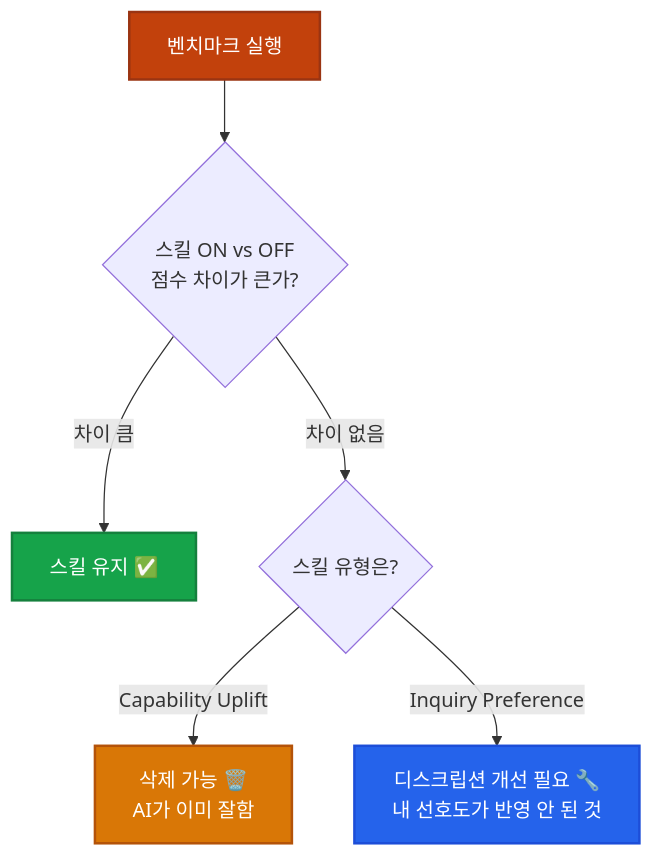
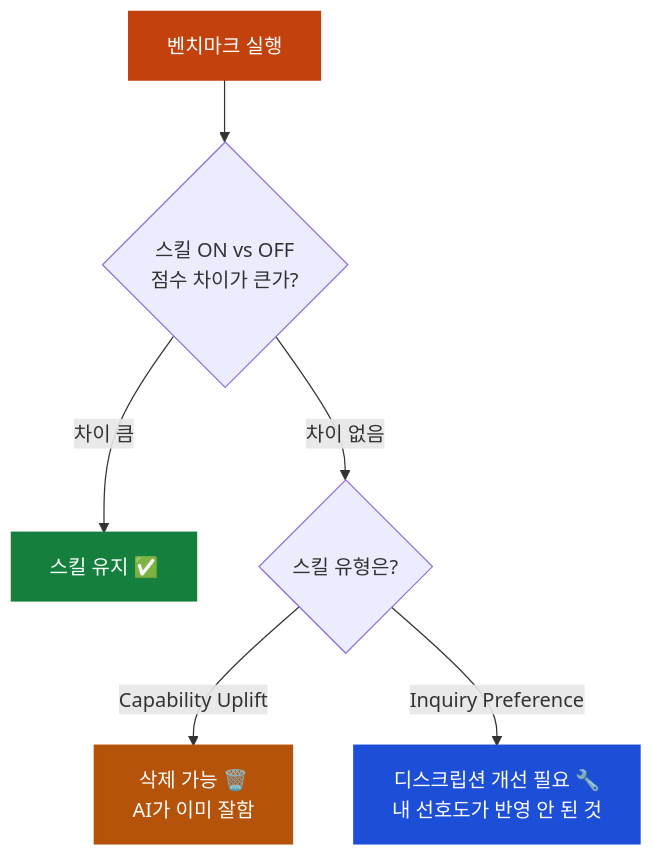
One commit to udawon/udawon-how-to-claude changed the diagram in content/youtube-update/skill-creator-v2-update.md. Above: the diagram before and after it, drawn with Mermaid. The commit also changed other lines of this file and 23 other files, not shown here.

````diff
--- a/content/youtube-update/skill-creator-v2-update.md
+++ b/content/youtube-update/skill-creator-v2-update.md
@@ -133,12 +133,12 @@
 ```mermaid
 graph TB
     A["벤치마크 실행"] --> B{"스킬 ON vs OFF<br/>점수 차이가 큰가?"}
     B -->|"차이 큼"| C["스킬 유지 ✅"]
     B -->|"차이 없음"| D{"스킬 유형은?"}
     D -->|"Capability Uplift"| E["삭제 가능 🗑️<br/>AI가 이미 잘함"]
     D -->|"Inquiry Preference"| F["디스크립션 개선 필요 🔧<br/>내 선호도가 반영 안 된 것"]
-    style A fill:#c2410c,color:#fff,stroke:#9a3412,stroke-width:2px
-    style C fill:#16a34a,color:#fff,stroke:#15803d,stroke-width:2px
-    style E fill:#d97706,color:#fff,stroke:#b45309,stroke-width:2px
-    style F fill:#2563eb,color:#fff,stroke:#1d4ed8,stroke-width:2px
+    style A fill:#c2410c,color:#fff,stroke:#c2410c,stroke-width:2px
+    style C fill:#15803d,color:#fff,stroke:#15803d,stroke-width:2px
+    style E fill:#b45309,color:#fff,stroke:#b45309,stroke-width:2px
+    style F fill:#1d4ed8,color:#fff,stroke:#1d4ed8,stroke-width:2px
 ```
````
